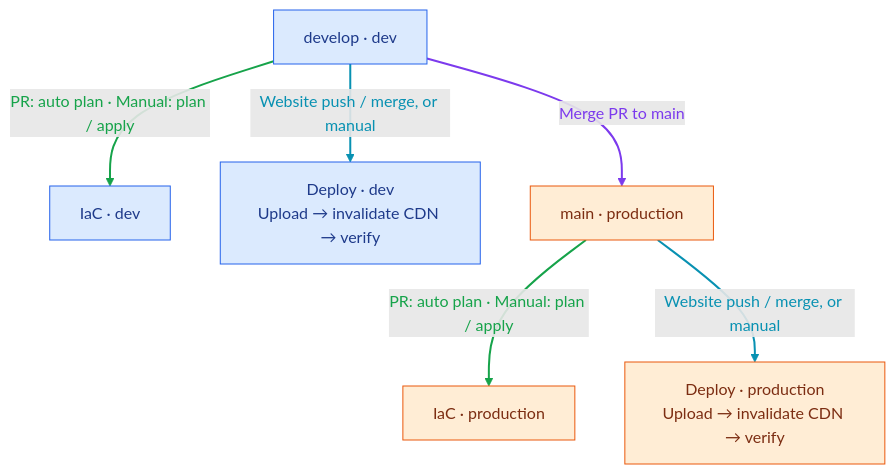
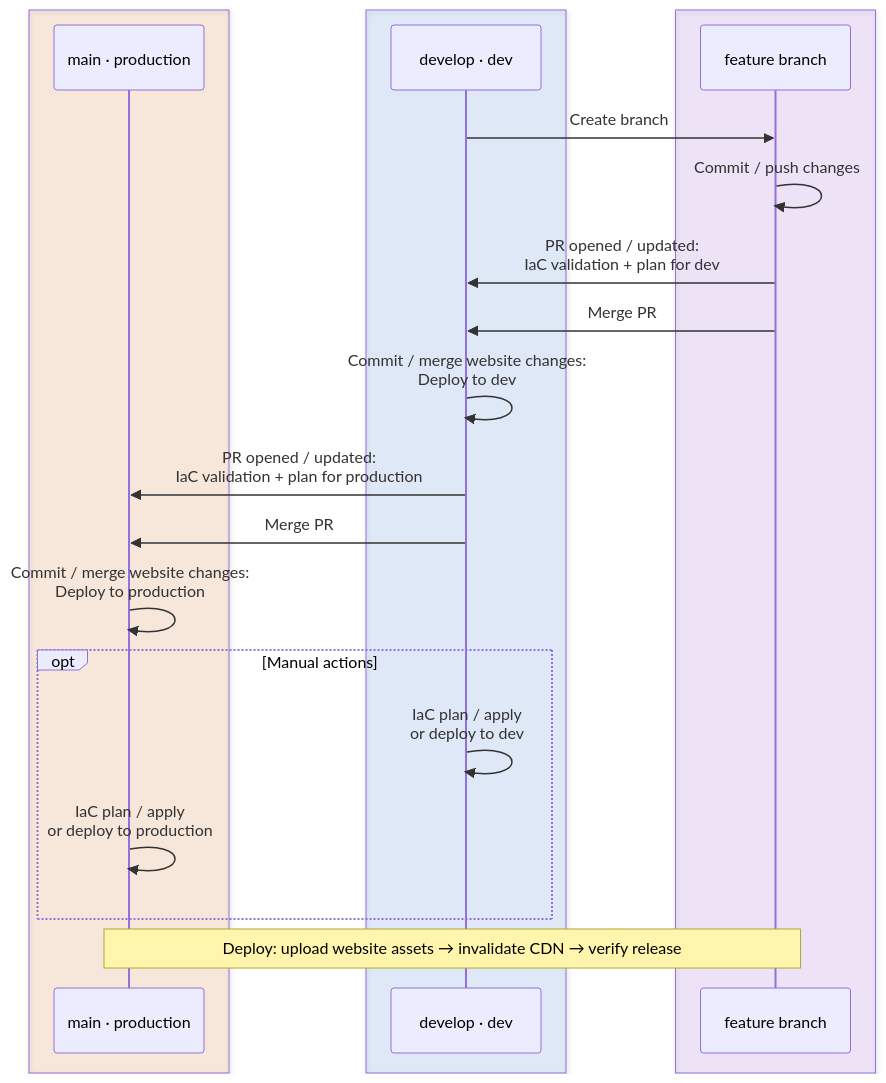
One commit to gtaufic/my-website changed the second of 2 diagrams in README.md. Above: the diagram before and after it, drawn with Mermaid. The commit also changed other lines of this file and 1 other file, not shown here.

````diff
--- a/README.md
+++ b/README.md
@@ -19,16 +27,28 @@
 ```mermaid
-flowchart TB
-    develop["develop · dev"] -->|PR: auto plan · Manual: plan / apply| dev_iac["IaC · dev"]
-    develop -->|Website push / merge, or manual| dev_deploy["Deploy · dev<br/>Upload → invalidate CDN → verify"]
-    develop -->|Merge PR to main| main["main · production"]
-    main -->|PR: auto plan · Manual: plan / apply| production_iac["IaC · production"]
-    main -->|Website push / merge, or manual| production_deploy["Deploy · production<br/>Upload → invalidate CDN → verify"]
+sequenceDiagram
+    box rgba(249,115,22,0.12)
+        participant Main as main · production
+    end
+    box rgba(59,130,246,0.12)
+        participant Develop as develop · dev
+    end
+    box rgba(168,85,247,0.12)
+        participant Feature as feature branch
+    end
 
-    classDef dev fill:#dbeafe,stroke:#2563eb,color:#1e3a8a
-    classDef production fill:#ffedd5,stroke:#ea580c,color:#7c2d12
-    class develop,dev_iac,dev_deploy dev
-    class main,production_iac,production_deploy production
-    linkStyle 0,3 stroke:#16a34a,color:#16a34a,stroke-width:2px
-    linkStyle 1,4 stroke:#0891b2,color:#0891b2,stroke-width:2px
-    linkStyle 2 stroke:#7c3aed,color:#7c3aed,stroke-width:2px
+    Develop->>Feature: Create branch
+    Feature->>Feature: Commit / push changes
+    Feature->>Develop: PR opened / updated:<br/>IaC validation + plan for dev
+    Feature->>Develop: Merge PR
+    Develop->>Develop: Commit / merge website changes:<br/>Deploy to dev
+    Develop->>Main: PR opened / updated:<br/>IaC validation + plan for production
+    Develop->>Main: Merge PR
+    Main->>Main: Commit / merge website changes:<br/>Deploy to production
+
+    opt Manual actions
+        Develop->>Develop: IaC plan / apply<br/>or deploy to dev
+        Main->>Main: IaC plan / apply<br/>or deploy to production
+    end
+
+    Note over Main,Feature: Deploy: upload website assets → invalidate CDN → verify release
 ```
````
